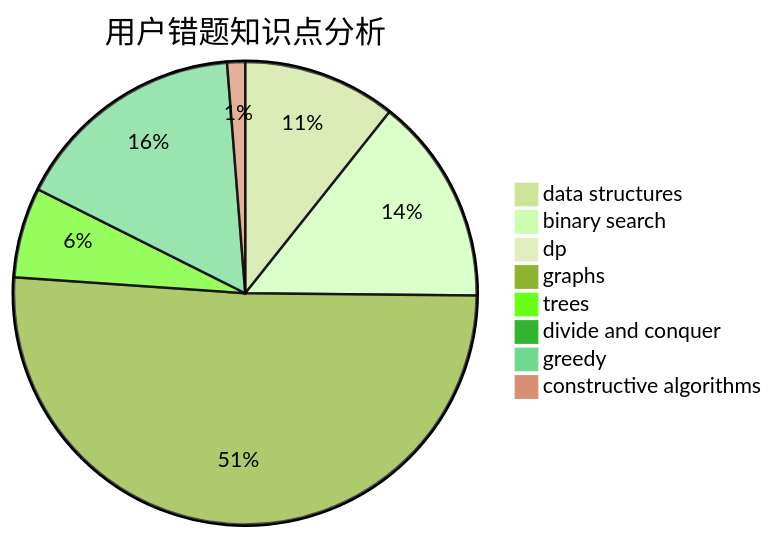
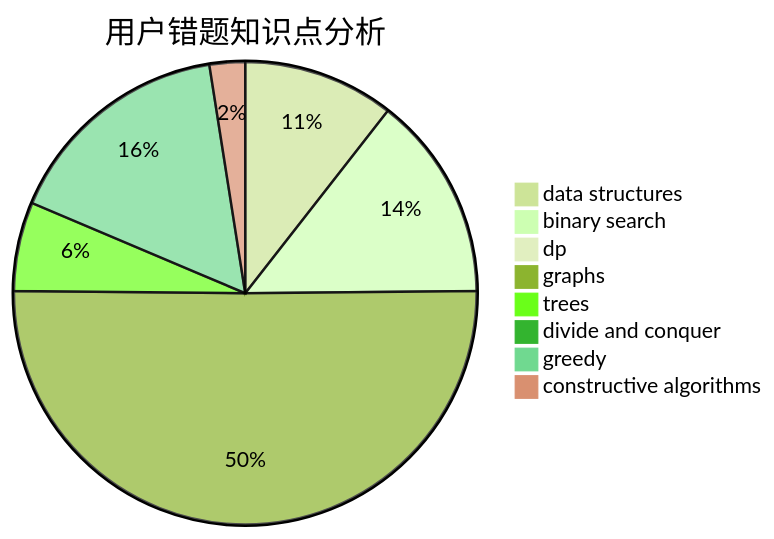
The third of 3 diagrams in docs/user/u1620.md (sherpahu/cfrs.github.io), drawn with Mermaid (forest theme) before and after one commit. The commit also changed other lines of this file and 2770 other files, not shown here.

````diff
--- a/docs/user/u1620.md
+++ b/docs/user/u1620.md
@@ -36,11 +36,11 @@
 ```mermaid
 pie title 用户错题知识点分析
     "data structures" :  17
     "binary search" :  23
     "dp" :  0
     "graphs" :  81
     "trees" :  10
     "divide and conquer" :  0
     "greedy" :  26
-    "constructive algorithms" :  2
+    "constructive algorithms" :  4
 ```
````
